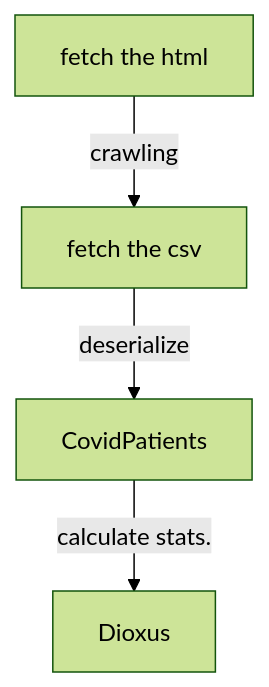
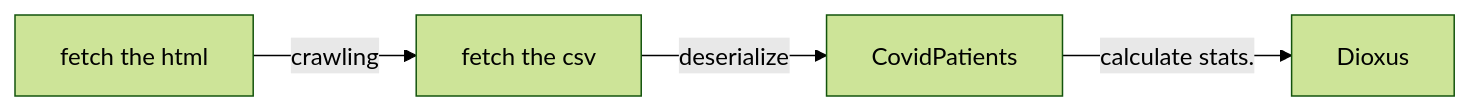
One commit to shnarazk/fukuoka-C19 changed the diagram in README.md. Above: the diagram before and after it, drawn with Mermaid (forest theme).

````diff
--- a/README.md
+++ b/README.md
@@ -11,6 +11,6 @@
 ```mermaid
-flowchart TD
+flowchart LR
 A[fetch the html] -- crawling --> B[fetch the csv];
 B -- deserialize --> C[CovidPatients];
 C -- calculate stats. --> D[Dioxus];
 ```
````
